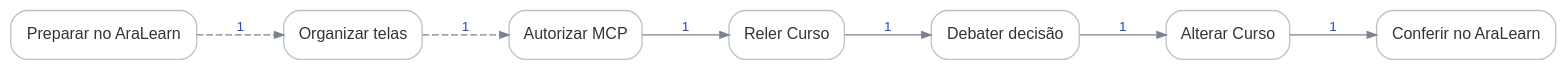
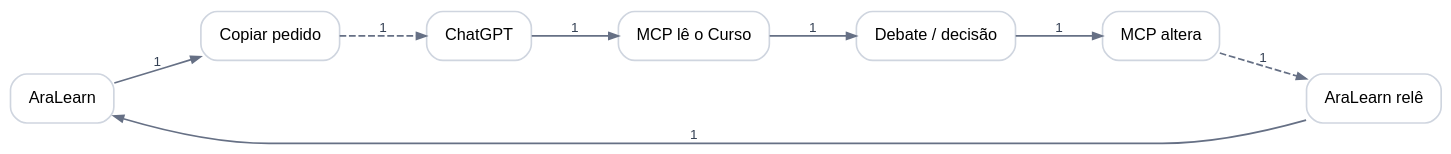
Before and after one commit to fabio-ara/AraLearn: the diagram in ux-atlas/graphs/mcp.dot, drawn with Graphviz.

Commit message:
Atualiza grafo MCP do atlas v6

```diff
--- a/ux-atlas/graphs/mcp.dot
+++ b/ux-atlas/graphs/mcp.dot
@@ -1,20 +1,20 @@
 digraph G {
-  graph [bgcolor="transparent", rankdir=LR, pad="0.23", nodesep="0.5", ranksep="0.8", splines="spline"];
-  node [shape=box, style="rounded,filled", fillcolor="#ffffff", color="#bcc3cc", fontcolor="#30353c", fontname="Arial", fontsize=11.8, margin="0.15,0.09"];
-  edge [color="#7b838d", fontcolor="#3346a8", fontname="Arial", fontsize=10, arrowsize=0.67];
-
-  mcp_handoff [label="Preparar no AraLearn"];
-  mcp_layout [label="Organizar telas"];
-  mcp_authorize [label="Autorizar MCP"];
-  mcp_read [label="Reler Curso"];
-  mcp_deliberate [label="Debater decisão"];
-  mcp_apply [label="Alterar Curso"];
-  mcp_return [label="Conferir no AraLearn"];
-
-  mcp_handoff -> mcp_layout [label="1", style=dashed, class="external"];
-  mcp_layout -> mcp_authorize [label="1", style=dashed, class="external"];
-  mcp_authorize -> mcp_read [label="1"];
-  mcp_read -> mcp_deliberate [label="1"];
-  mcp_deliberate -> mcp_apply [label="1"];
-  mcp_apply -> mcp_return [label="1"];
+  graph [rankdir=LR,bgcolor="transparent",pad=.25,nodesep=.55,ranksep=.8,splines=spline]
+  node [shape=rect,style="rounded,filled",fillcolor="#ffffff",color="#cfd5df",penwidth=1.2,
+        fontname="Arial",fontsize=12,margin=".18,.12"]
+  edge [color="#667085",penwidth=1.25,arrowsize=.7,fontname="Arial",fontsize=10,fontcolor="#344054"]
+  aralearn [label="AraLearn"]
+  request [label="Copiar pedido"]
+  chatgpt [label="ChatGPT"]
+  read [label="MCP lê o Curso"]
+  deliberate [label="Debate / decisão"]
+  write [label="MCP altera"]
+  return [label="AraLearn relê"]
+  aralearn -> request [label="1"]
+  request -> chatgpt [label="1",style=dashed]
+  chatgpt -> read [label="1"]
+  read -> deliberate [label="1"]
+  deliberate -> write [label="1"]
+  write -> return [label="1",style=dashed]
+  return -> aralearn [label="1"]
 }
```
